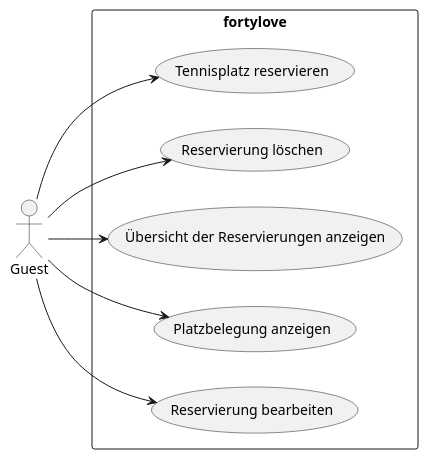
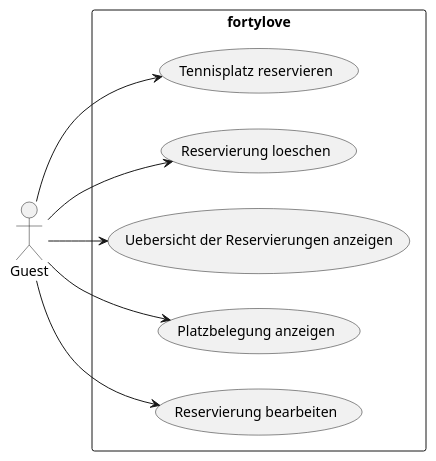
Before and after one commit to incrediblybadcoder/fortylove: the diagram in documents/design/usecases/UseCasesGuest.puml, drawn with PlantUML.

```diff
--- a/documents/design/usecases/UseCasesGuest.puml
+++ b/documents/design/usecases/UseCasesGuest.puml
@@ -1,12 +1,12 @@
 @startuml
 left to right direction
 actor "Guest" as Actor
 rectangle fortylove {
     Actor --> (Tennisplatz reservieren)
-    Actor --> (Reservierung löschen)
-    Actor --> (Übersicht der Reservierungen anzeigen)
+    Actor --> (Reservierung loeschen)
+    Actor --> (Uebersicht der Reservierungen anzeigen)
     Actor --> (Platzbelegung anzeigen)
     Actor --> (Reservierung bearbeiten)
 }
 
 @enduml
```
